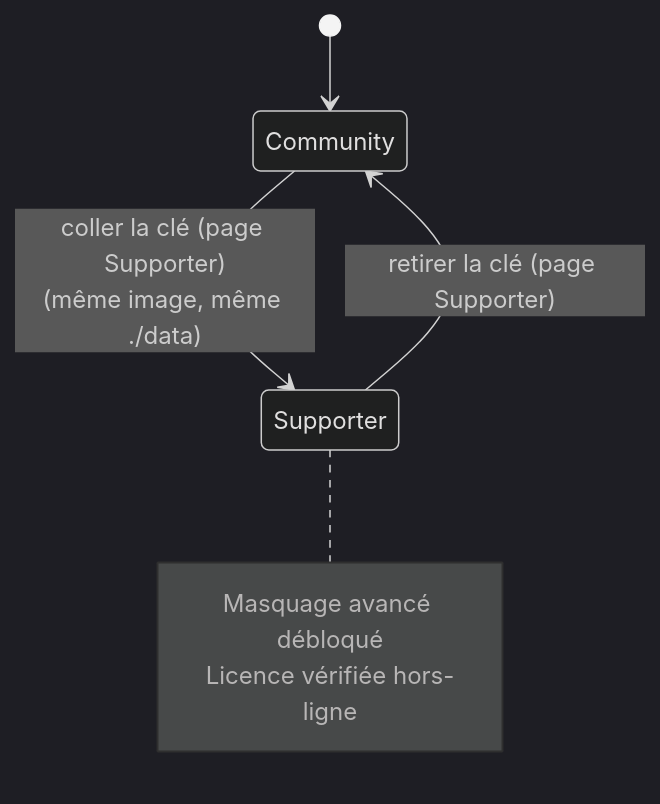
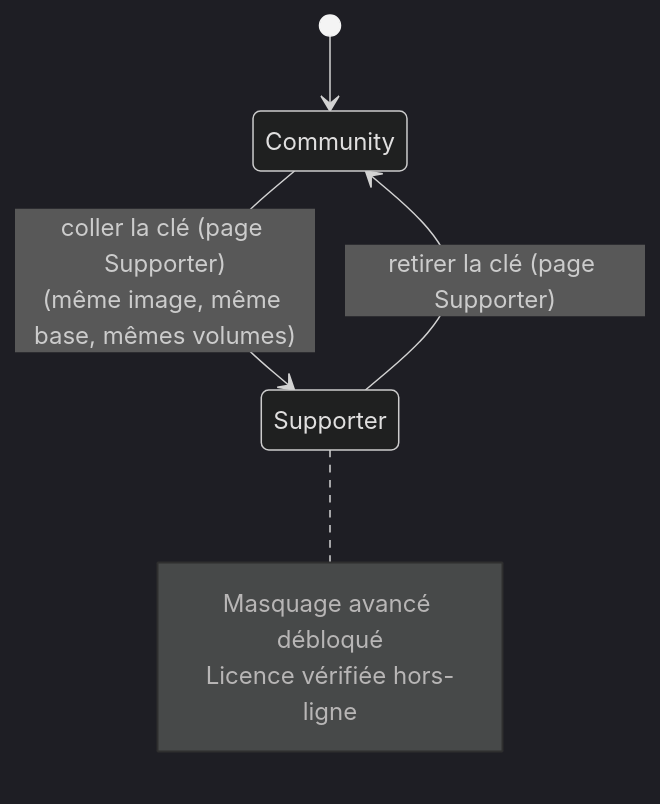
One commit to WicaebethTheo/itsm-modern-ai changed the seventh of 7 diagrams in docs/guide-fonctionnement.md. Above: the diagram before and after it, drawn with Mermaid (dark theme). The commit also changed other lines of this file and 181 other files, not shown here.

````diff
--- a/docs/guide-fonctionnement.md
+++ b/docs/guide-fonctionnement.md
@@ -239,10 +295,10 @@
 ```mermaid
 stateDiagram-v2
     [*] --> Community
-    Community --> Supporter: coller la clé (page Supporter)<br/>(même image, même ./data)
+    Community --> Supporter: coller la clé (page Supporter)<br/>(même image, même base, mêmes volumes)
     Supporter --> Community: retirer la clé (page Supporter)
     note right of Supporter
         Masquage avancé débloqué
         Licence vérifiée hors-ligne
     end note
 ```
````
